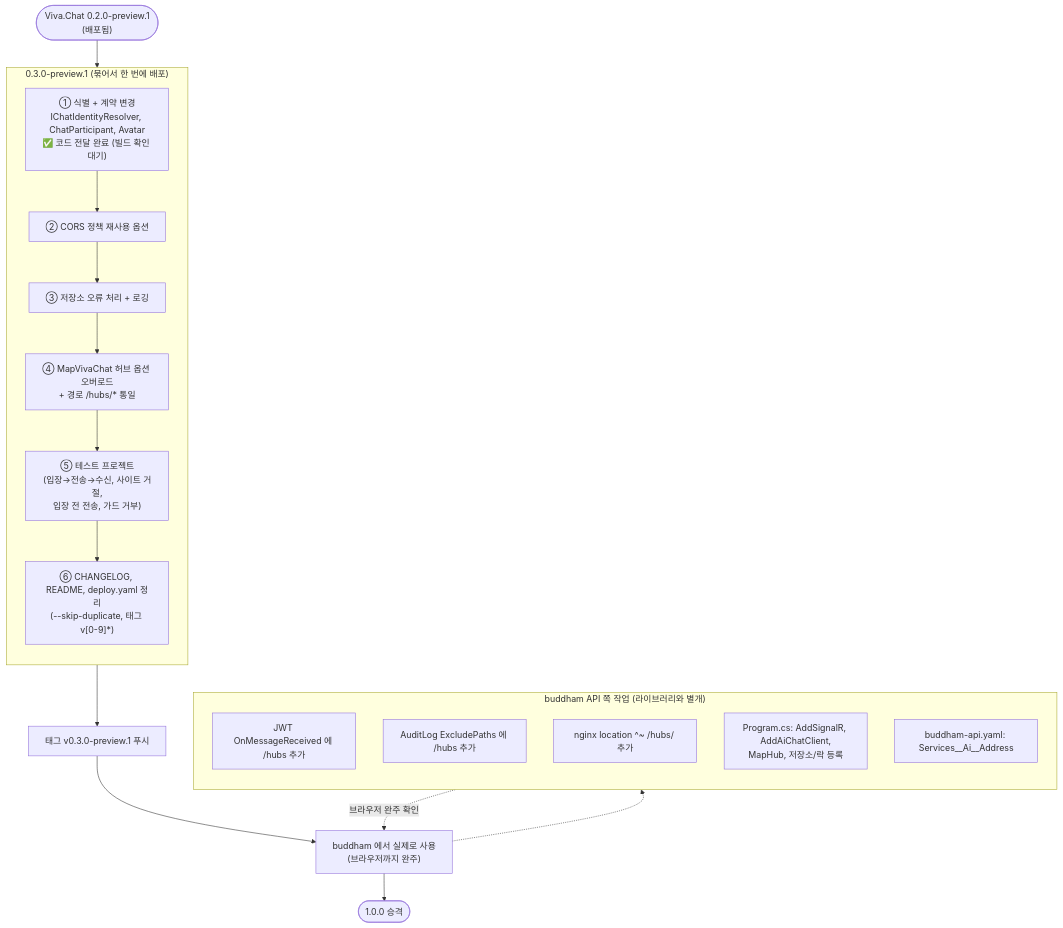
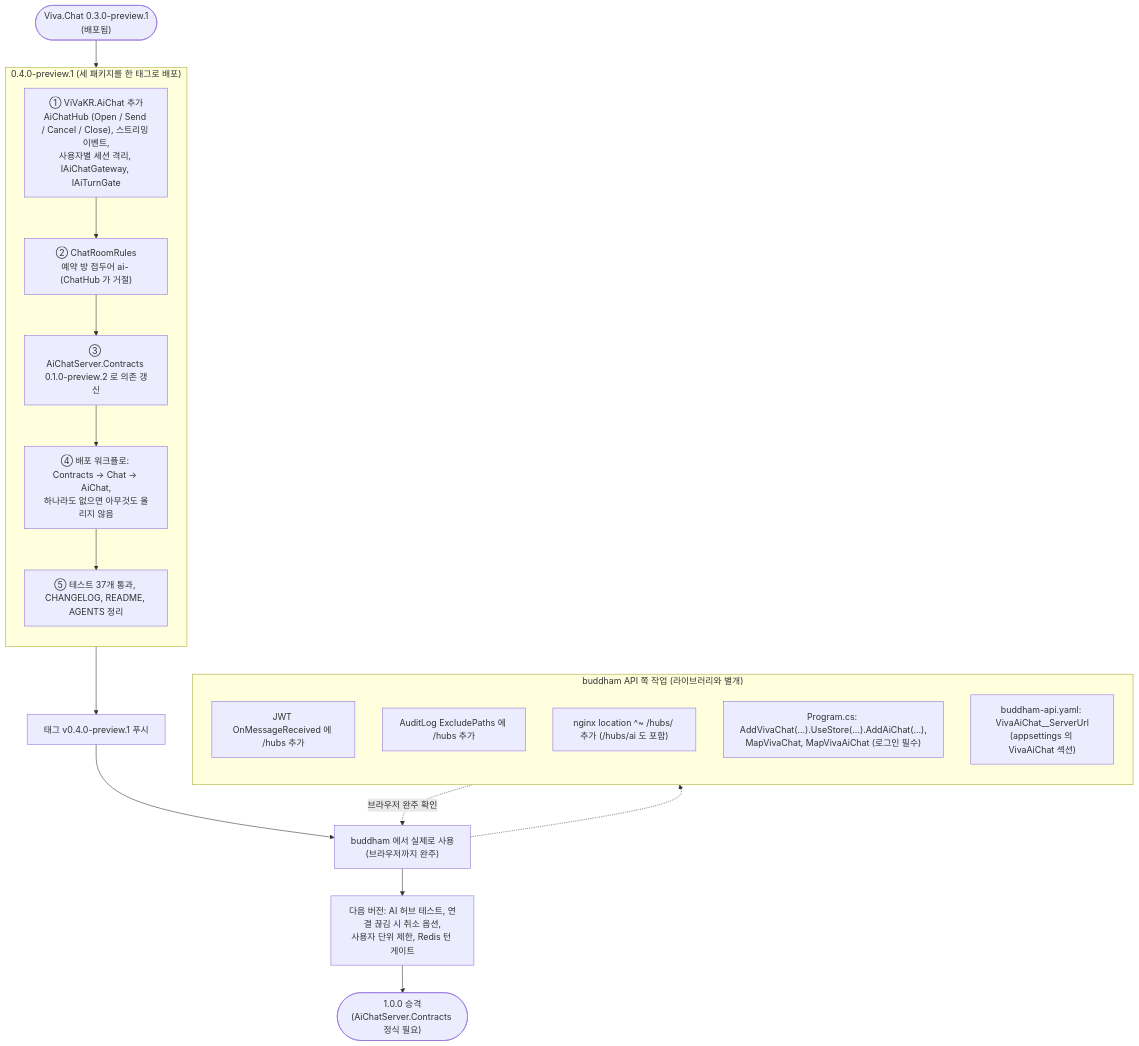
One commit to ViVaKR/Viva.Chat changed the seventh of 7 diagrams in ARCHITECTURE.md. Above: the diagram before and after it, drawn with Mermaid. The commit also changed other lines of this file and 27 other files, not shown here.

Commit message:
feat: 0.4.0-preview.1 — AI 채팅 허브(ViVaKR.AiChat), 예약 방 이름, net11.0

````diff
--- a/ARCHITECTURE.md
+++ b/ARCHITECTURE.md
@@ -331,33 +356,33 @@
 ```mermaid
 flowchart TB
-    START(["Viva.Chat 0.2.0-preview.1<br/>(배포됨)"])
+    START(["Viva.Chat 0.3.0-preview.1<br/>(배포됨)"])
 
-    subgraph R03["0.3.0-preview.1 (묶어서 한 번에 배포)"]
+    subgraph R04["0.4.0-preview.1 (세 패키지를 한 태그로 배포)"]
         direction TB
-        S1["① 식별 + 계약 변경<br/>IChatIdentityResolver, ChatParticipant, Avatar<br/>✅ 코드 전달 완료 (빌드 확인 대기)"]
-        S2["② CORS 정책 재사용 옵션"]
-        S3["③ 저장소 오류 처리 + 로깅"]
-        S4["④ MapVivaChat 허브 옵션 오버로드<br/>+ 경로 /hubs/* 통일"]
-        S5["⑤ 테스트 프로젝트<br/>(입장→전송→수신, 사이트 거절,<br/>입장 전 전송, 가드 거부)"]
-        S6["⑥ CHANGELOG, README, deploy.yaml 정리<br/>(--skip-duplicate, 태그 v[0-9]*)"]
-        S1 --> S2 --> S3 --> S4 --> S5 --> S6
+        S1["① ViVaKR.AiChat 추가<br/>AiChatHub (Open / Send / Cancel / Close), 스트리밍 이벤트,<br/>사용자별 세션 격리, IAiChatGateway, IAiTurnGate"]
+        S2["② ChatRoomRules<br/>예약 방 접두어 ai- (ChatHub 가 거절)"]
+        S3["③ AiChatServer.Contracts 0.1.0-preview.2 로 의존 갱신"]
+        S4["④ 배포 워크플로: Contracts → Chat → AiChat,<br/>하나라도 없으면 아무것도 올리지 않음"]
+        S5["⑤ 테스트 37개 통과, CHANGELOG, README, AGENTS 정리"]
+        S1 --> S2 --> S3 --> S4 --> S5
     end
 
     USE["buddham 에서 실제로 사용<br/>(브라우저까지 완주)"]
-    V1(["1.0.0 승격"])
+    NEXT["다음 버전: AI 허브 테스트, 연결 끊김 시 취소 옵션,<br/>사용자 단위 제한, Redis 턴 게이트"]
+    V1(["1.0.0 승격<br/>(AiChatServer.Contracts 정식 필요)"])
 
     START --> S1
-    S6 --> TAG["태그 v0.3.0-preview.1 푸시"] --> USE --> V1
+    S5 --> TAG["태그 v0.4.0-preview.1 푸시"] --> USE --> NEXT --> V1
 
     subgraph SITE["buddham API 쪽 작업 (라이브러리와 별개)"]
         direction TB
         N1["JWT OnMessageReceived 에 /hubs 추가"]
         N2["AuditLog ExcludePaths 에 /hubs 추가"]
-        N3["nginx location ^~ /hubs/ 추가"]
-        N4["Program.cs: AddSignalR, AddAiChatClient,<br/>MapHub, 저장소/락 등록"]
-        N5["buddham-api.yaml: Services__Ai__Address"]
+        N3["nginx location ^~ /hubs/ 추가 (/hubs/ai 도 포함)"]
+        N4["Program.cs: AddVivaChat(...).UseStore(...).AddAiChat(...),<br/>MapVivaChat, MapVivaAiChat (로그인 필수)"]
+        N5["buddham-api.yaml: VivaAiChat__ServerUrl<br/>(appsettings 의 VivaAiChat 섹션)"]
     end
 
     USE -.-> SITE
     SITE -.->|"브라우저 완주 확인"| USE
 ```
````
